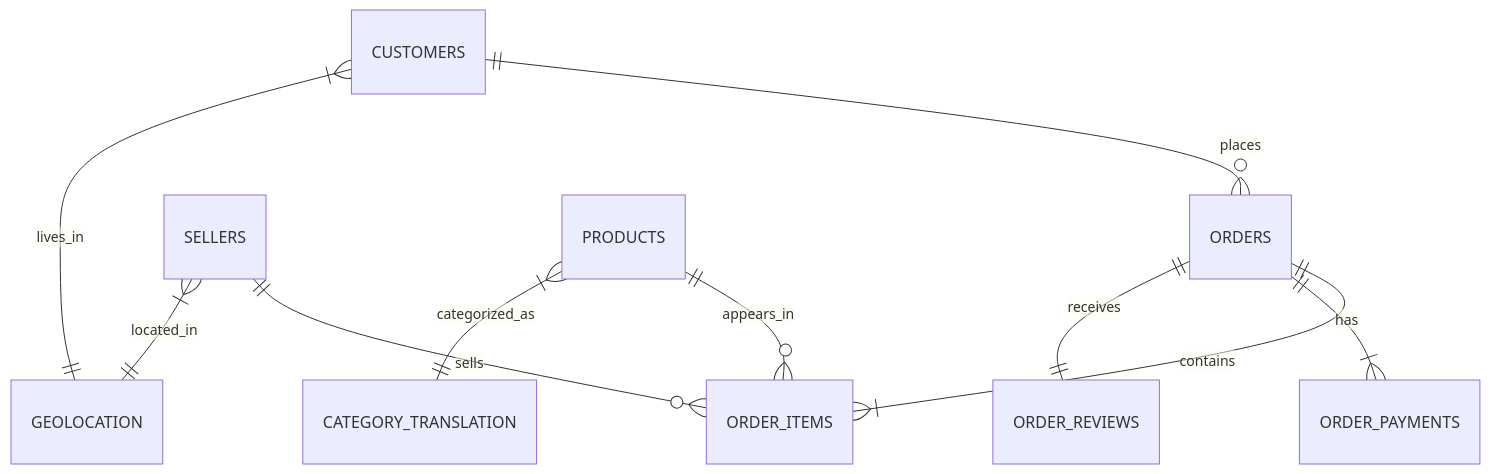
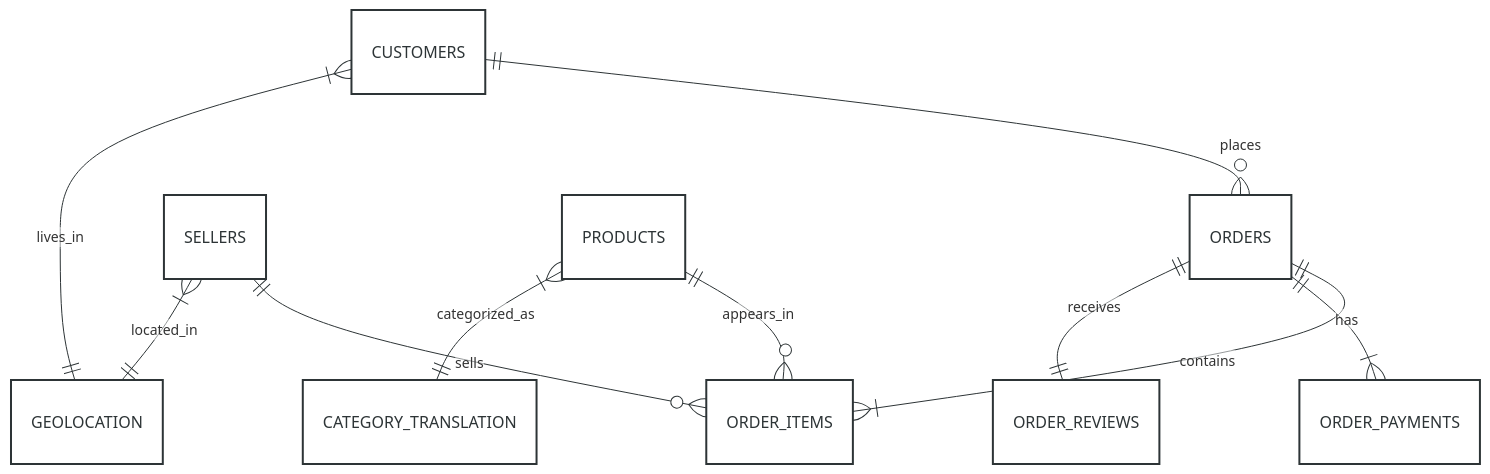
The diagram in docs/erd.md (shanusaras/Customer_Churn_Prediction_and_Retention_Dashboard), drawn with Mermaid before and after one commit.

Commit message:
updated for background formatting

````diff
--- a/docs/erd.md
+++ b/docs/erd.md
@@ -7,12 +7,16 @@
 ```mermaid
 erDiagram
+    %%{init: {'theme': 'base', 'themeVariables': { 'primaryColor': '#f5f5f5', 'primaryBorderColor': '#2d3436', 'lineColor': '#2d3436', 'textColor': '#2d3436' }}}%%
+    
     CUSTOMERS ||--o{ ORDERS : places
     ORDERS ||--|{ ORDER_ITEMS : contains
     ORDERS ||--|{ ORDER_PAYMENTS : has
     ORDERS ||--|| ORDER_REVIEWS : receives
     SELLERS ||--o{ ORDER_ITEMS : sells
     PRODUCTS ||--o{ ORDER_ITEMS : appears_in
     CUSTOMERS }|--|| GEOLOCATION : lives_in
     SELLERS }|--|| GEOLOCATION : located_in
     PRODUCTS }|--|| CATEGORY_TRANSLATION : categorized_as
+    
+    classDef default fill:#ffffff,stroke:#2d3436,stroke-width:2px,color:#2d3436
 ```
````
